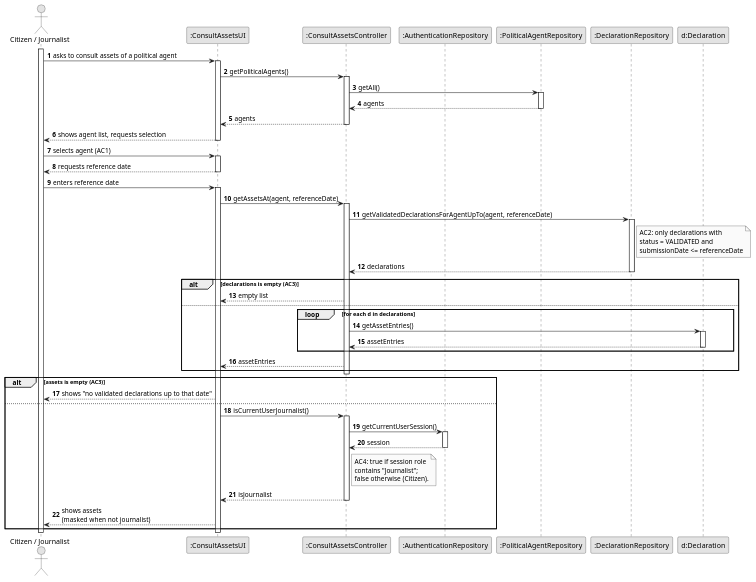
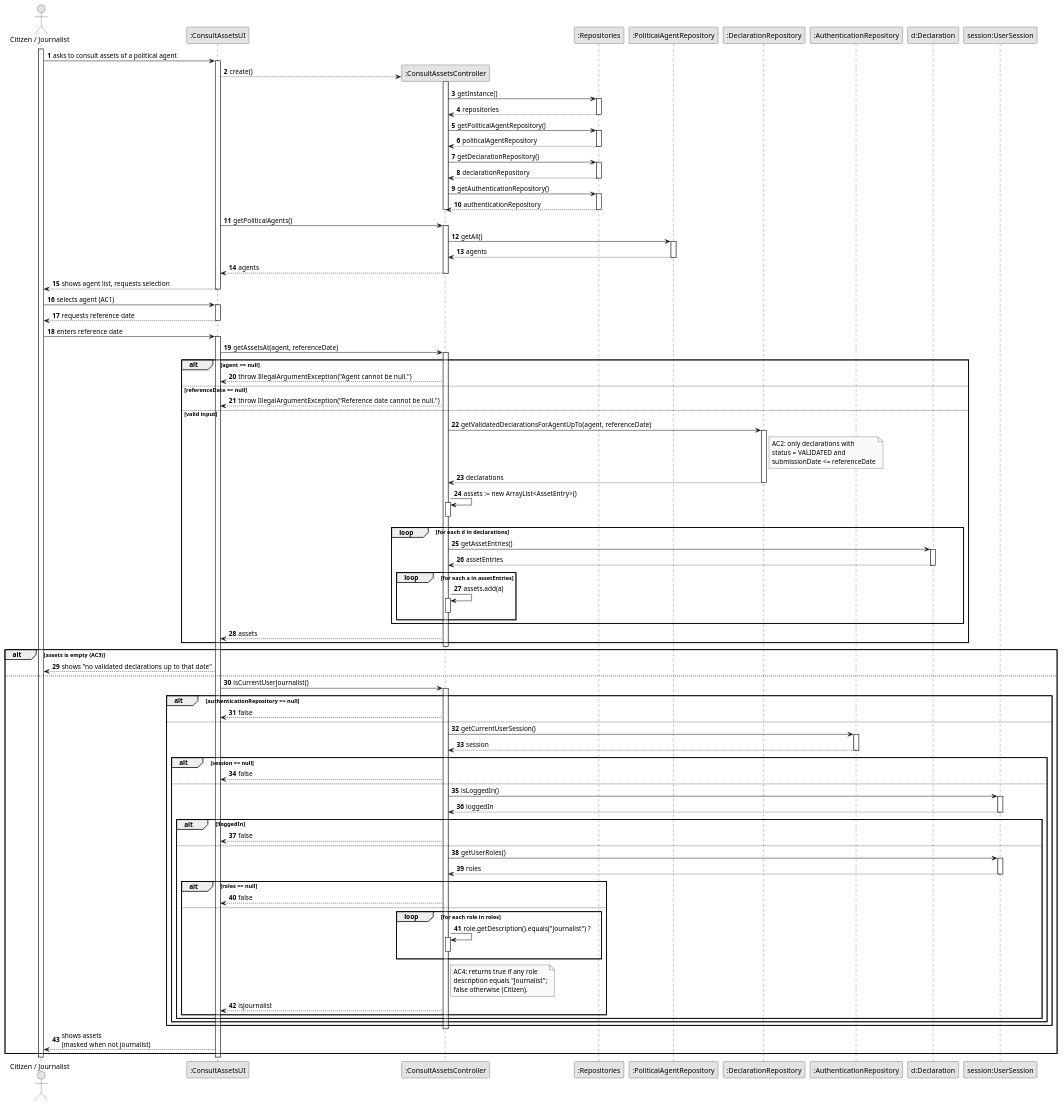
The diagram in docs/system-documentation/US11/03.design/puml/US11-SD-full.puml (brunodspinto/crystal-clear-platform), drawn with PlantUML before and after one commit. The commit also changed 23 other files, not shown here.

Commit message:
Updated the diagrams for US 9, 10 and 11 for code consistency

```diff
--- a/docs/system-documentation/US11/03.design/puml/US11-SD-full.puml
+++ b/docs/system-documentation/US11/03.design/puml/US11-SD-full.puml
@@ -1,101 +1,169 @@
 @startuml US11-SD-full
 skinparam monochrome true
 skinparam packageStyle rectangle
 skinparam shadowing false
 
 autonumber
 
 actor "Citizen / Journalist" as Actor
 participant ":ConsultAssetsUI" as UI
 participant ":ConsultAssetsController" as CTRL
-participant ":AuthenticationRepository" as AUTH
+participant ":Repositories" as REPOS
 participant ":PoliticalAgentRepository" as PAR
 participant ":DeclarationRepository" as DR
+participant ":AuthenticationRepository" as AUTH
 participant "d:Declaration" as DEC
+participant "session:UserSession" as SESS
 
 activate Actor
 
     Actor -> UI : asks to consult assets of a political agent
     activate UI
+
+        UI --> CTRL** : create()
+        activate CTRL
+            CTRL -> REPOS : getInstance()
+            activate REPOS
+                REPOS --> CTRL : repositories
+            deactivate REPOS
+
+            CTRL -> REPOS : getPoliticalAgentRepository()
+            activate REPOS
+                REPOS --> CTRL : politicalAgentRepository
+            deactivate REPOS
+
+            CTRL -> REPOS : getDeclarationRepository()
+            activate REPOS
+                REPOS --> CTRL : declarationRepository
+            deactivate REPOS
+
+            CTRL -> REPOS : getAuthenticationRepository()
+            activate REPOS
+                REPOS --> CTRL : authenticationRepository
+            deactivate REPOS
+        deactivate CTRL
 
         UI -> CTRL : getPoliticalAgents()
         activate CTRL
 
             CTRL -> PAR : getAll()
             activate PAR
                 PAR --> CTRL : agents
             deactivate PAR
 
             CTRL --> UI : agents
         deactivate CTRL
 
         UI --> Actor : shows agent list, requests selection
     deactivate UI
 
     Actor -> UI : selects agent (AC1)
     activate UI
 
         UI --> Actor : requests reference date
     deactivate UI
 
     Actor -> UI : enters reference date
     activate UI
 
         UI -> CTRL : getAssetsAt(agent, referenceDate)
         activate CTRL
 
-            CTRL -> DR : getValidatedDeclarationsForAgentUpTo(agent, referenceDate)
-            activate DR
+            alt agent == null
+                CTRL --> UI : throw IllegalArgumentException("Agent cannot be null.")
+            else referenceDate == null
+                CTRL --> UI : throw IllegalArgumentException("Reference date cannot be null.")
+            else valid input
+                CTRL -> DR : getValidatedDeclarationsForAgentUpTo(agent, referenceDate)
+                activate DR
 
-                note right of DR
-                    AC2: only declarations with
-                    status = VALIDATED and
-                    submissionDate <= referenceDate
-                end note
+                    note right of DR
+                        AC2: only declarations with
+                        status = VALIDATED and
+                        submissionDate <= referenceDate
+                    end note
 
-                DR --> CTRL : declarations
-            deactivate DR
+                    DR --> CTRL : declarations
+                deactivate DR
 
-            alt declarations is empty (AC3)
-                CTRL --> UI : empty list
-            else
+                CTRL -> CTRL : assets := new ArrayList<AssetEntry>()
+                activate CTRL
+                deactivate CTRL
+
                 loop for each d in declarations
                     CTRL -> DEC : getAssetEntries()
                     activate DEC
                         DEC --> CTRL : assetEntries
                     deactivate DEC
+
+                    loop for each a in assetEntries
+                        CTRL -> CTRL : assets.add(a)
+                        activate CTRL
+                        deactivate CTRL
+                    end
                 end
 
-                CTRL --> UI : assetEntries
+                CTRL --> UI : assets
             end
-
         deactivate CTRL
 
         alt assets is empty (AC3)
             UI --> Actor : shows "no validated declarations up to that date"
         else
             UI -> CTRL : isCurrentUserJournalist()
             activate CTRL
 
-                CTRL -> AUTH : getCurrentUserSession()
-                activate AUTH
-                    AUTH --> CTRL : session
-                deactivate AUTH
+                alt authenticationRepository == null
+                    CTRL --> UI : false
+                else
+                    CTRL -> AUTH : getCurrentUserSession()
+                    activate AUTH
+                        AUTH --> CTRL : session
+                    deactivate AUTH
 
-                note right of CTRL
-                    AC4: true if session role
-                    contains "Journalist";
-                    false otherwise (Citizen).
-                end note
+                    alt session == null
+                        CTRL --> UI : false
+                    else
+                        CTRL -> SESS : isLoggedIn()
+                        activate SESS
+                            SESS --> CTRL : loggedIn
+                        deactivate SESS
 
-                CTRL --> UI : isJournalist
+                        alt !loggedIn
+                            CTRL --> UI : false
+                        else
+                            CTRL -> SESS : getUserRoles()
+                            activate SESS
+                                SESS --> CTRL : roles
+                            deactivate SESS
+
+                            alt roles == null
+                                CTRL --> UI : false
+                            else
+                                loop for each role in roles
+                                    CTRL -> CTRL : role.getDescription().equals("Journalist") ?
+                                    activate CTRL
+                                    deactivate CTRL
+                                end
+
+                                note right of CTRL
+                                    AC4: returns true if any role
+                                    description equals "Journalist";
+                                    false otherwise (Citizen).
+                                end note
+
+                                CTRL --> UI : isJournalist
+                            end
+                        end
+                    end
+                end
             deactivate CTRL
 
             UI --> Actor : shows assets\n(masked when not journalist)
         end
 
     deactivate UI
 
 deactivate Actor
 
 @enduml
```
